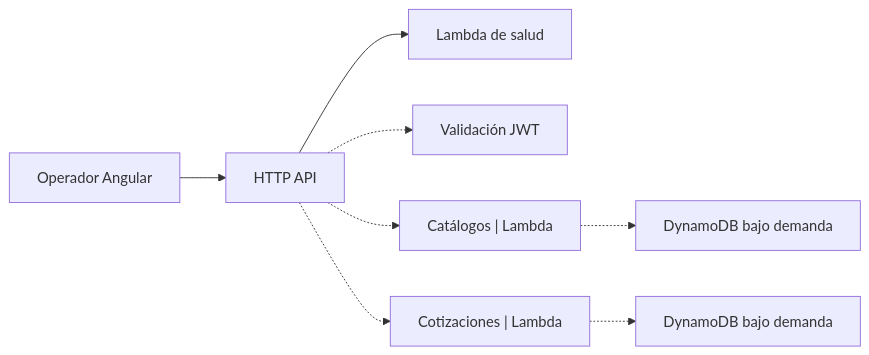
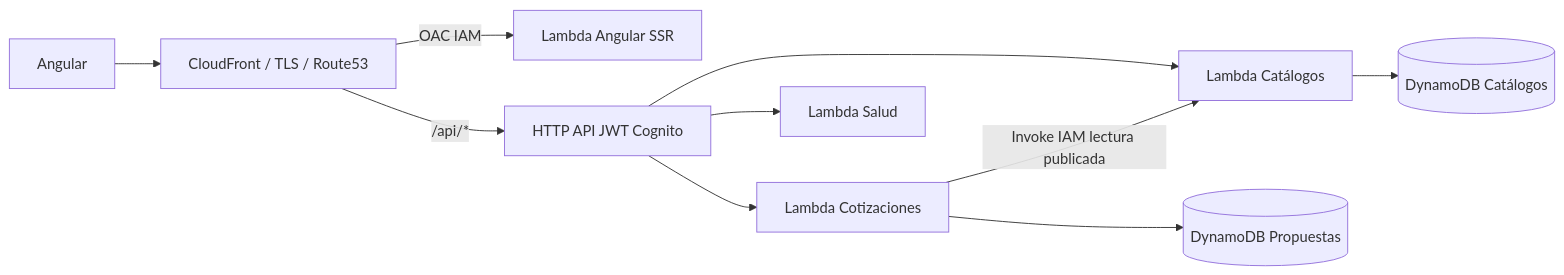
Before and after one commit to LynxPardelle/cotizador-de-catalogo: the diagram in docs/architecture/diagram.mmd, drawn with Mermaid. The commit also changed 82 other files, not shown here.

```diff
--- a/docs/architecture/diagram.mmd
+++ b/docs/architecture/diagram.mmd
@@ -1,8 +1,10 @@
 flowchart LR
-    Staff["Operador Angular"] --> Api["HTTP API"]
-    Api --> Health["Lambda de salud"]
-    Api -.-> Identity["Validación JWT"]
-    Api -.-> DomainA["Catálogos | Lambda"]
-    Api -.-> DomainB["Cotizaciones | Lambda"]
-    DomainA -.-> StoreA["DynamoDB bajo demanda"]
-    DomainB -.-> StoreB["DynamoDB bajo demanda"]
+  Browser[Angular] --> CDN[CloudFront / TLS / Route53]
+  CDN -->|OAC IAM| Web[Lambda Angular SSR]
+  CDN -->|/api/*| Api[HTTP API JWT Cognito]
+  Api --> Catalog[Lambda Catálogos]
+  Api --> Quote[Lambda Cotizaciones]
+  Api --> Health[Lambda Salud]
+  Catalog --> CDB[(DynamoDB Catálogos)]
+  Quote --> QDB[(DynamoDB Propuestas)]
+  Quote -->|Invoke IAM lectura publicada| Catalog
```
